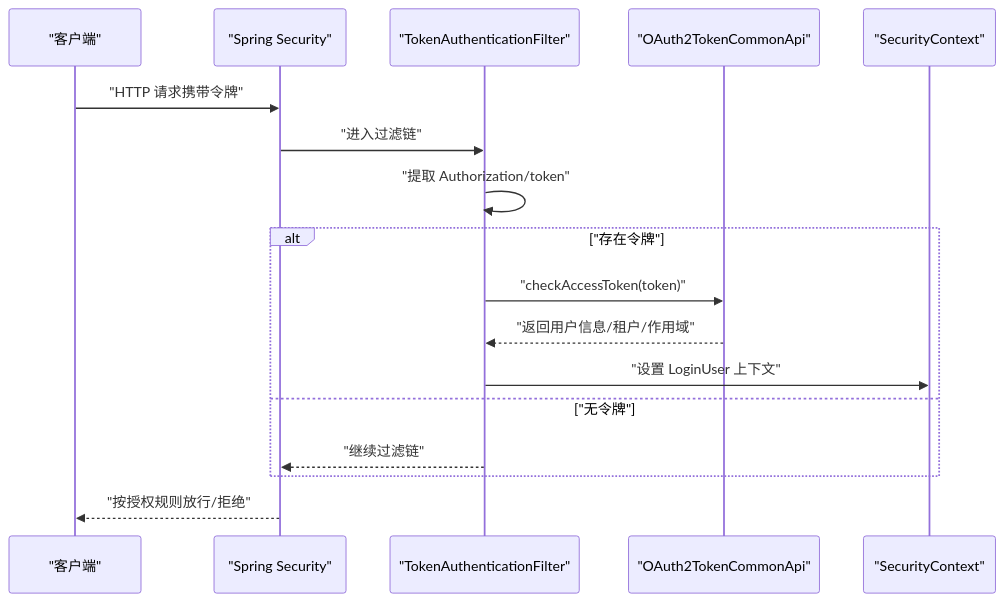
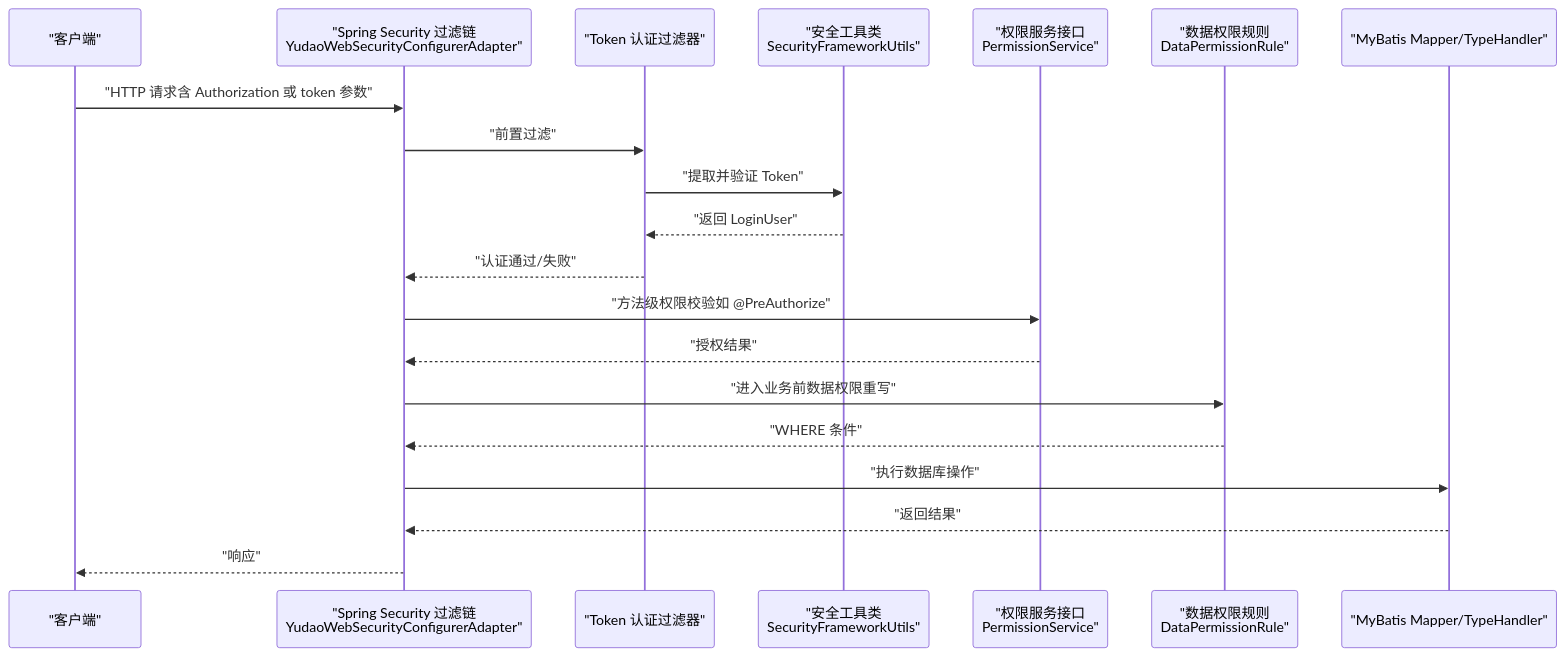
The second of 9 diagrams in .qoder/repowiki/zh/content/安全与权限/安全与权限.md (zhuangpengLI/AgenticCPS), drawn with Mermaid before and after one commit. The commit also changed other lines of this file and 293 other files, not shown here.

````diff
--- a/.qoder/repowiki/zh/content/安全与权限/安全与权限.md
+++ b/.qoder/repowiki/zh/content/安全与权限/安全与权限.md
@@ -122,19 +173,22 @@
 ```mermaid
 sequenceDiagram
-participant Client as "客户端"
-participant Sec as "Spring Security"
-participant Filter as "TokenAuthenticationFilter"
-participant OAuth2 as "OAuth2TokenCommonApi"
-participant Ctx as "SecurityContext"
-Client->>Sec : "HTTP 请求携带令牌"
-Sec->>Filter : "进入过滤链"
-Filter->>Filter : "提取 Authorization/token"
-alt "存在令牌"
-Filter->>OAuth2 : "checkAccessToken(token)"
-OAuth2-->>Filter : "返回用户信息/租户/作用域"
-Filter->>Ctx : "设置 LoginUser 上下文"
-else "无令牌"
-Filter-->>Sec : "继续过滤链"
-end
-Sec-->>Client : "按授权规则放行/拒绝"
+participant C as "客户端"
+participant F as "Spring Security 过滤链<br/>YudaoWebSecurityConfigurerAdapter"
+participant T as "Token 认证过滤器"
+participant S as "安全工具类<br/>SecurityFrameworkUtils"
+participant P as "权限服务接口<br/>PermissionService"
+participant D as "数据权限规则<br/>DataPermissionRule"
+participant M as "MyBatis Mapper/TypeHandler"
+C->>F : "HTTP 请求含 Authorization 或 token 参数"
+F->>T : "前置过滤"
+T->>S : "提取并验证 Token"
+S-->>T : "返回 LoginUser"
+T-->>F : "认证通过/失败"
+F->>P : "方法级权限校验如 @PreAuthorize"
+P-->>F : "授权结果"
+F->>D : "进入业务前数据权限重写"
+D-->>F : "WHERE 条件"
+F->>M : "执行数据库操作"
+M-->>F : "返回结果"
+F-->>C : "响应"
 ```
````
